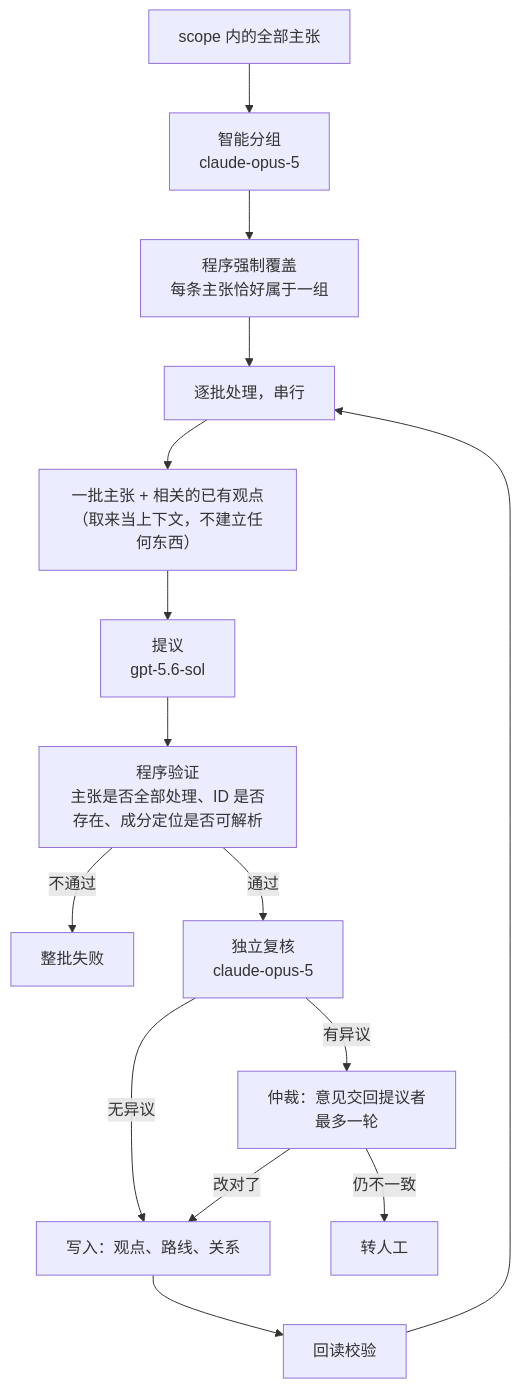
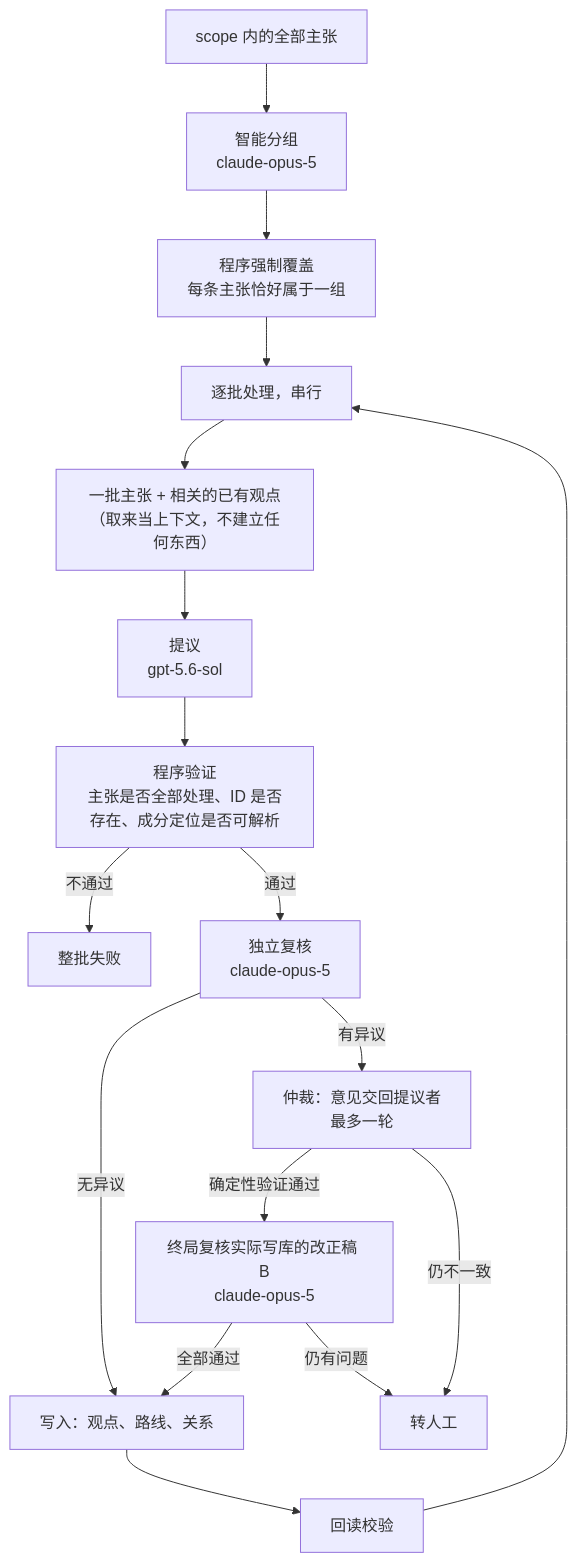
Before and after one commit to junyang168/smart-answer: the second of 4 diagrams in docs/wang-knowledge-platform/20-knowledge/canonical_viewpoint_design.md, drawn with Mermaid. The commit also changed other lines of this file and 5 other files, not shown here.

````diff
--- a/docs/wang-knowledge-platform/20-knowledge/canonical_viewpoint_design.md
+++ b/docs/wang-knowledge-platform/20-knowledge/canonical_viewpoint_design.md
@@ -119,17 +119,19 @@
 ```mermaid
 flowchart TD
     SC["scope 内的全部主张"] --> G["智能分组<br/>claude-opus-5"]
     G --> RP["程序强制覆盖<br/>每条主张恰好属于一组"]
     RP --> B["逐批处理，串行"]
     B --> S["一批主张 + 相关的已有观点<br/>（取来当上下文，不建立任何东西）"]
     S --> P["提议<br/>gpt-5.6-sol"]
     P --> V["程序验证<br/>主张是否全部处理、ID 是否存在、成分定位是否可解析"]
     V -->|"不通过"| F["整批失败"]
     V -->|"通过"| R["独立复核<br/>claude-opus-5"]
     R -->|"无异议"| W["写入：观点、路线、关系"]
     R -->|"有异议"| C["仲裁：意见交回提议者<br/>最多一轮"]
-    C -->|"改对了"| W
+    C -->|"确定性验证通过"| FR["终局复核实际写库的改正稿 B<br/>claude-opus-5"]
     C -->|"仍不一致"| H["转人工"]
+    FR -->|"全部通过"| W
+    FR -->|"仍有问题"| H
     W --> RB["回读校验"]
     RB --> B
 ```
````
